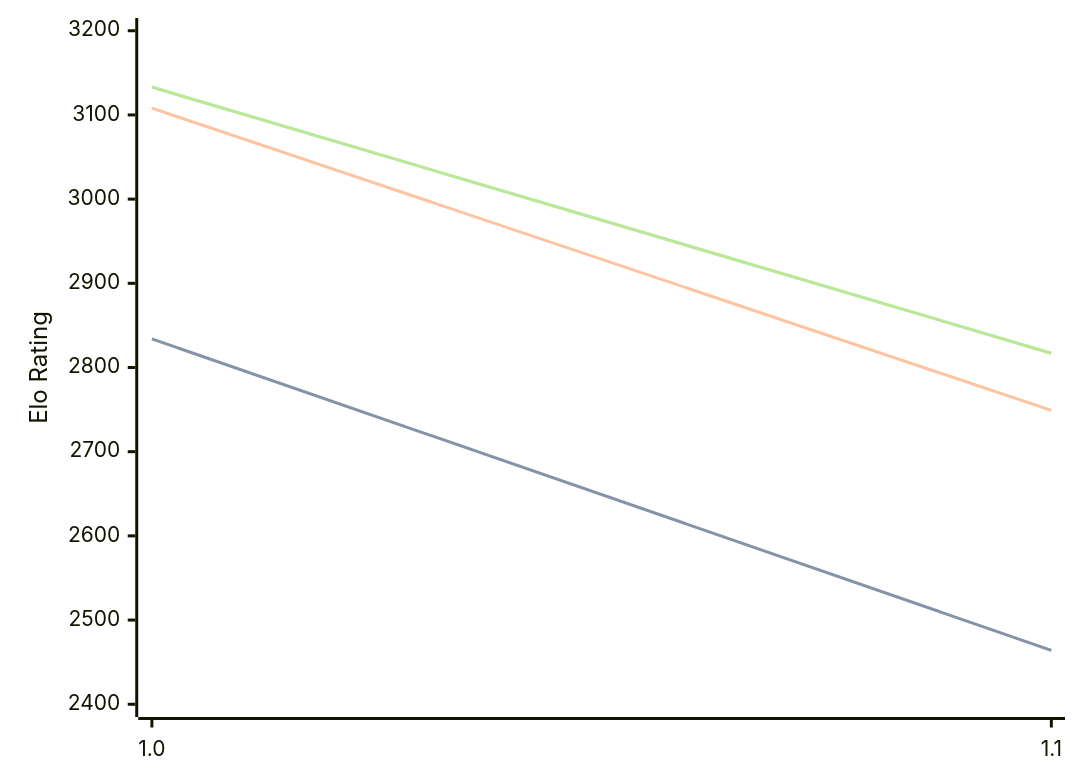
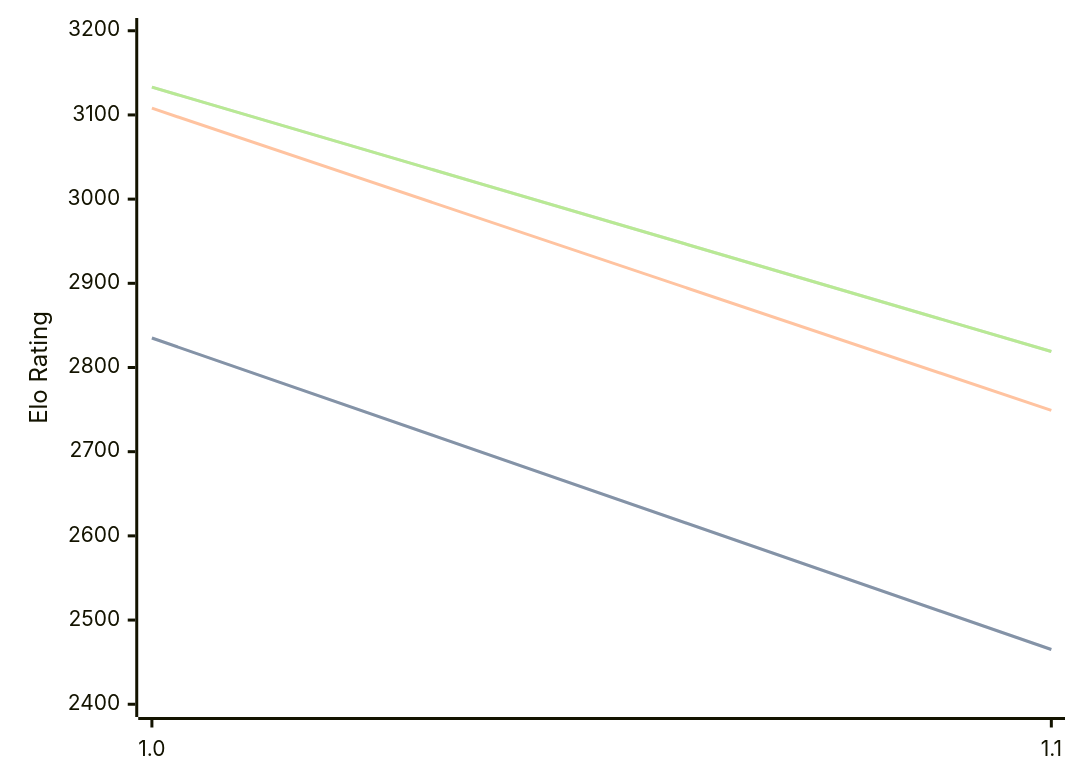
One commit to computer-chess-index/cci changed the diagram in engines/Publius.md. Above: the diagram before and after it, drawn with Mermaid. The commit also changed other lines of this file, not shown here.

Commit message:
Update CCI Ratings (ELO VLTC) - 2026-08-29

````diff
--- a/engines/Publius.md
+++ b/engines/Publius.md
@@ -32,11 +32,11 @@
 ```mermaid
 %%{init: {"theme":"base","themeVariables":{"seriesColors:['#a3a3a3','#222221','#faa371']}}}%%
 xychart-beta
   x-axis ["1.0", "1.1"]
   y-axis "Elo Rating" 2400 --> 3200
-  line "" [2834, 2464]
-  line "STC (8.0+0.08s)" [2834, 2464]
+  line "" [2835, 2465]
+  line "STC (8.0+0.08s)" [2835, 2465]
   line "LTC (60.0+0.60s)" [3108, 2749]
-  line "" [3133, 2817]
-  line "VLTC (2m24s+1.12s)" [3133, 2817]
+  line "" [3133, 2819]
+  line "VLTC (2m24s+1.12s)" [3133, 2819]
 ```
````
